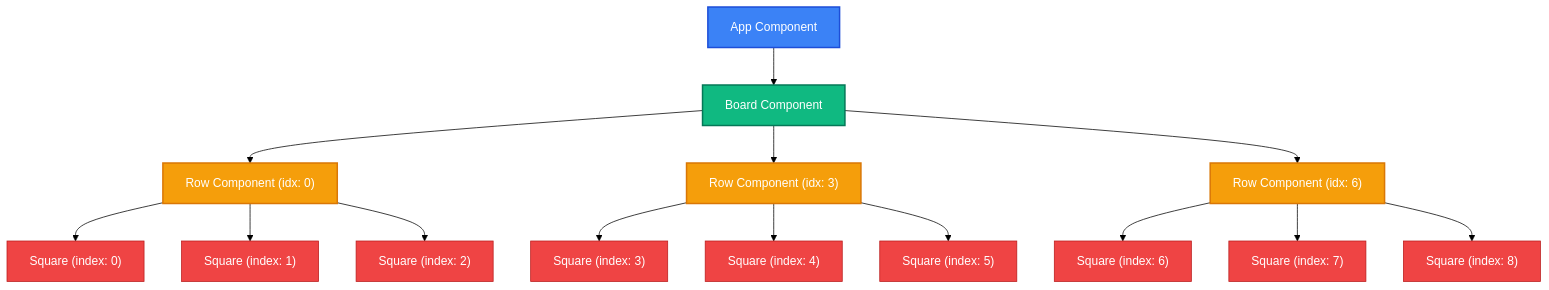
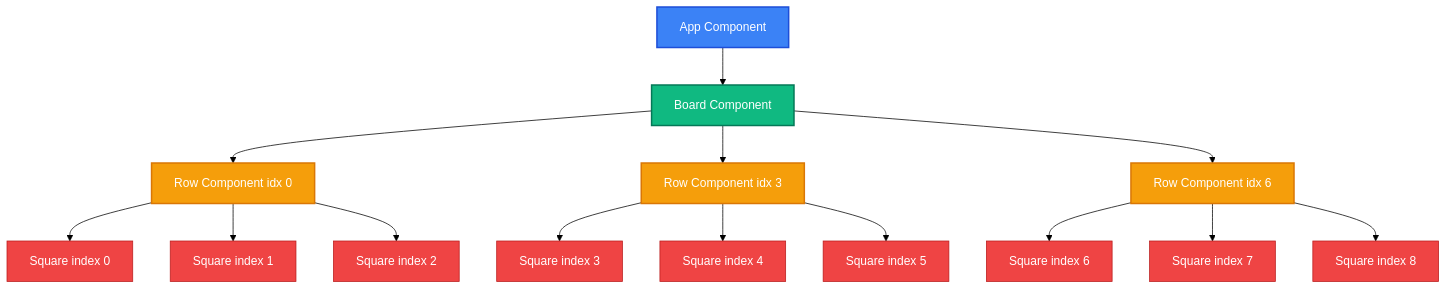
The first of 3 diagrams in Tic Tac Toe/README.md (rishika846/React_Practice), drawn with Mermaid (forest theme) before and after one commit. The commit also changed other lines of this file, not shown here.

Commit message:
docs: fix Mermaid syntax for compatibility in README

````diff
--- a/Tic Tac Toe/README.md
+++ b/Tic Tac Toe/README.md
@@ -42,35 +42,35 @@
 ```mermaid
 graph TD
     App[App Component] --> Board[Board Component]
     
-    Board --> Row1["Row Component (idx: 0)"]
-    Board --> Row2["Row Component (idx: 3)"]
-    Board --> Row3["Row Component (idx: 6)"]
+    Board --> Row1["Row Component idx 0"]
+    Board --> Row2["Row Component idx 3"]
+    Board --> Row3["Row Component idx 6"]
     
-    Row1 --> Sq0["Square (index: 0)"]
-    Row1 --> Sq1["Square (index: 1)"]
-    Row1 --> Sq2["Square (index: 2)"]
+    Row1 --> Sq0["Square index 0"]
+    Row1 --> Sq1["Square index 1"]
+    Row1 --> Sq2["Square index 2"]
     
-    Row2 --> Sq3["Square (index: 3)"]
-    Row2 --> Sq4["Square (index: 4)"]
-    Row2 --> Sq5["Square (index: 5)"]
+    Row2 --> Sq3["Square index 3"]
+    Row2 --> Sq4["Square index 4"]
+    Row2 --> Sq5["Square index 5"]
     
-    Row3 --> Sq6["Square (index: 6)"]
-    Row3 --> Sq7["Square (index: 7)"]
-    Row3 --> Sq8["Square (index: 8)"]
+    Row3 --> Sq6["Square index 6"]
+    Row3 --> Sq7["Square index 7"]
+    Row3 --> Sq8["Square index 8"]
 
     style App fill:#3B82F6,stroke:#1D4ED8,stroke-width:2px,color:#fff
     style Board fill:#10B981,stroke:#047857,stroke-width:2px,color:#fff
     style Row1 fill:#F59E0B,stroke:#D97706,stroke-width:2px,color:#fff
     style Row2 fill:#F59E0B,stroke:#D97706,stroke-width:2px,color:#fff
     style Row3 fill:#F59E0B,stroke:#D97706,stroke-width:2px,color:#fff
     style Sq0 fill:#EF4444,stroke:#B91C1C,stroke-width:1px,color:#fff
     style Sq1 fill:#EF4444,stroke:#B91C1C,stroke-width:1px,color:#fff
     style Sq2 fill:#EF4444,stroke:#B91C1C,stroke-width:1px,color:#fff
     style Sq3 fill:#EF4444,stroke:#B91C1C,stroke-width:1px,color:#fff
     style Sq4 fill:#EF4444,stroke:#B91C1C,stroke-width:1px,color:#fff
     style Sq5 fill:#EF4444,stroke:#B91C1C,stroke-width:1px,color:#fff
     style Sq6 fill:#EF4444,stroke:#B91C1C,stroke-width:1px,color:#fff
     style Sq7 fill:#EF4444,stroke:#B91C1C,stroke-width:1px,color:#fff
     style Sq8 fill:#EF4444,stroke:#B91C1C,stroke-width:1px,color:#fff
 ```
````
